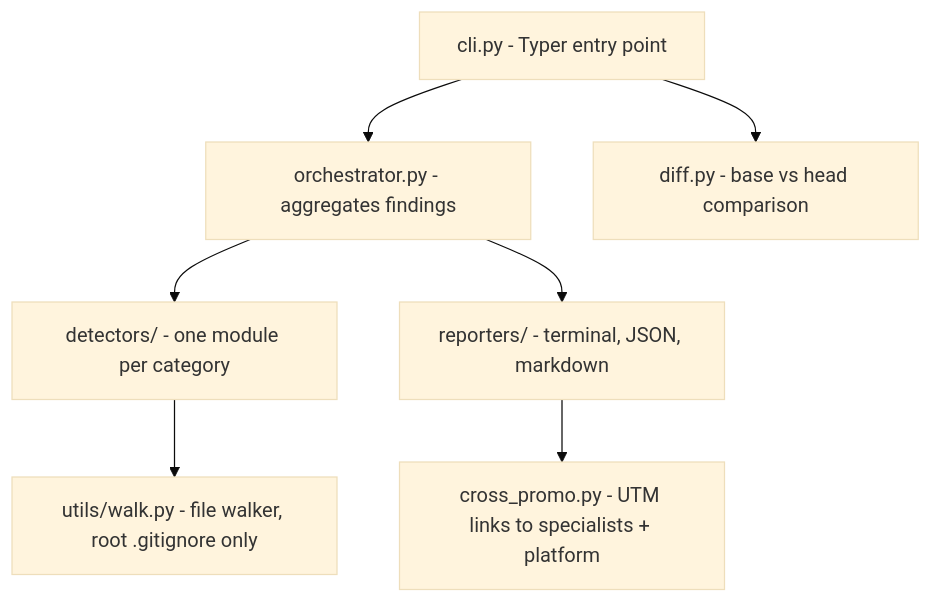
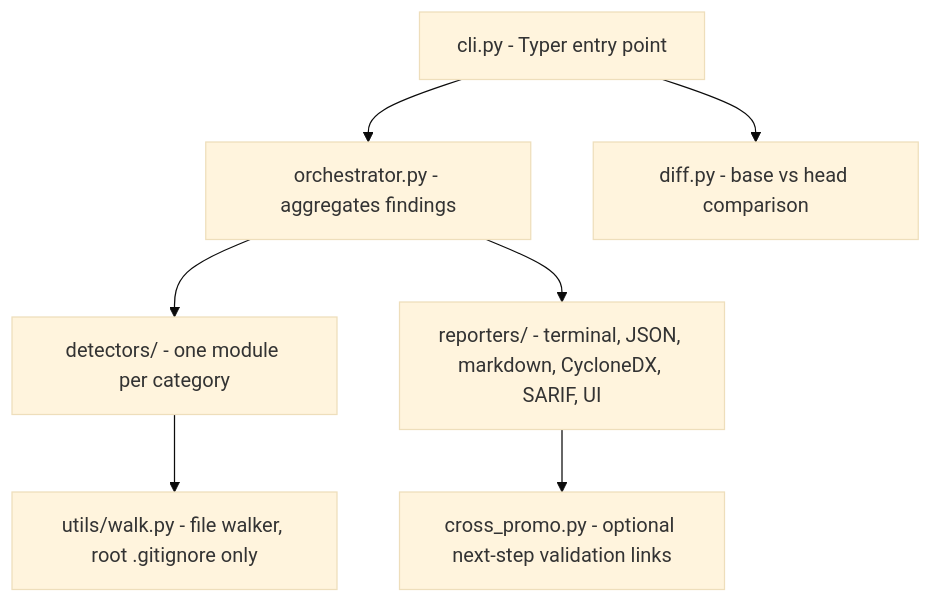
The first of 4 diagrams in docs/ARCHITECTURE.md (actions-marketplace-validations/apisec-inc_AI-Surface), drawn with Mermaid (base theme) before and after one commit. The commit also changed other lines of this file and 38 other files, not shown here.

````diff
--- a/docs/ARCHITECTURE.md
+++ b/docs/ARCHITECTURE.md
@@ -33,17 +33,17 @@
 ```mermaid
 flowchart TB
     CLI[cli.py - Typer entry point]
     Orch[orchestrator.py - aggregates findings]
     Det[detectors/ - one module per category]
-    Rep[reporters/ - terminal, JSON, markdown]
+    Rep[reporters/ - terminal, JSON, markdown, CycloneDX, SARIF, UI]
     Diff[diff.py - base vs head comparison]
     Walk[utils/walk.py - file walker, root .gitignore only]
-    Xpromo[cross_promo.py - UTM links to specialists + platform]
+    Links[cross_promo.py - optional next-step validation links]
 
     CLI --> Orch
     Orch --> Det
     Det --> Walk
     Orch --> Rep
     CLI --> Diff
-    Rep --> Xpromo
+    Rep --> Links
 ```
````
